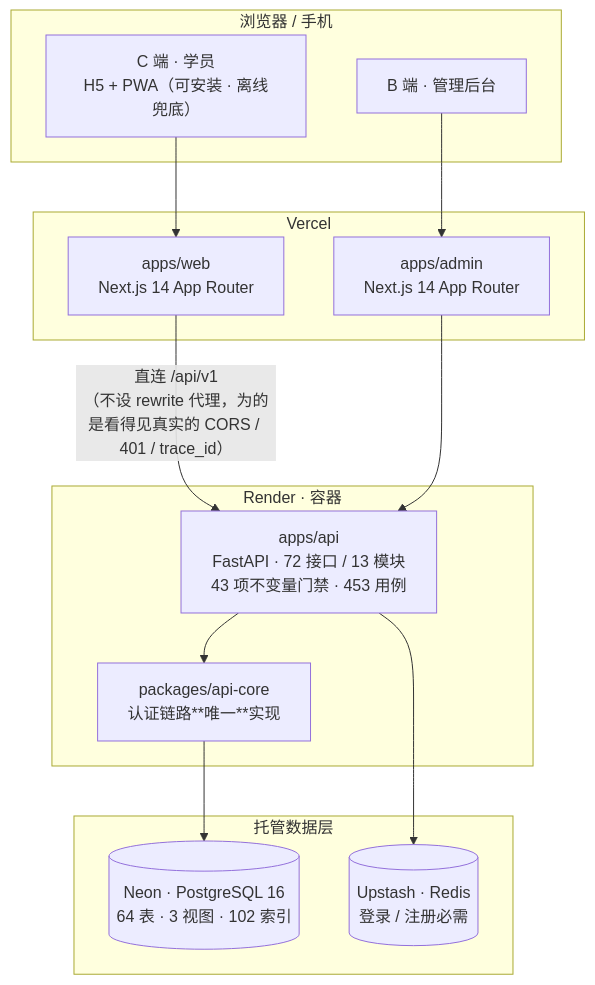
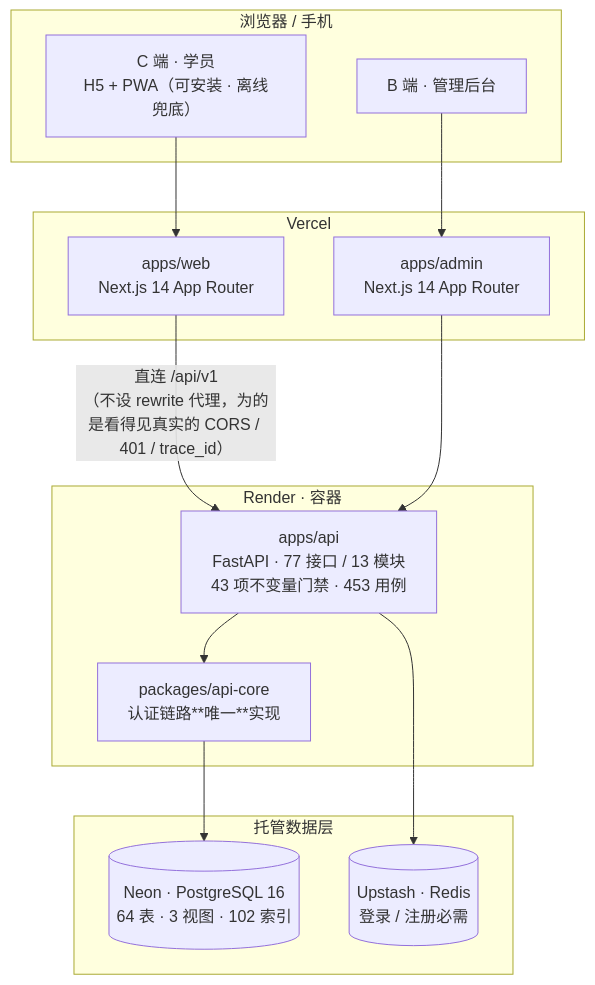
The diagram in README.md (windsleep1/yijian-platform), drawn with Mermaid before and after one commit. The commit also changed other lines of this file and 19 other files, not shown here.

````diff
--- a/README.md
+++ b/README.md
@@ -37,30 +37,30 @@
 ```mermaid
 flowchart TB
     subgraph client["浏览器 / 手机"]
         A["C 端 · 学员<br/>H5 + PWA（可安装 · 离线兜底）"]
         B["B 端 · 管理后台"]
     end
 
     subgraph fe["Vercel"]
         W["apps/web<br/>Next.js 14 App Router"]
         D["apps/admin<br/>Next.js 14 App Router"]
     end
 
     subgraph be["Render · 容器"]
-        API["apps/api<br/>FastAPI · 72 接口 / 13 模块<br/>43 项不变量门禁 · 453 用例"]
+        API["apps/api<br/>FastAPI · 77 接口 / 13 模块<br/>43 项不变量门禁 · 453 用例"]
         CORE["packages/api-core<br/>认证链路**唯一**实现"]
     end
 
     subgraph data["托管数据层"]
         PG[("Neon · PostgreSQL 16<br/>64 表 · 3 视图 · 102 索引")]
         RD[("Upstash · Redis<br/>登录 / 注册必需")]
     end
 
     A --> W
     B --> D
     W -->|"直连 /api/v1<br/>（不设 rewrite 代理，为的是看得见真实的 CORS / 401 / trace_id）"| API
     D --> API
     API --> CORE
     CORE --> PG
     API --> RD
 ```
````
